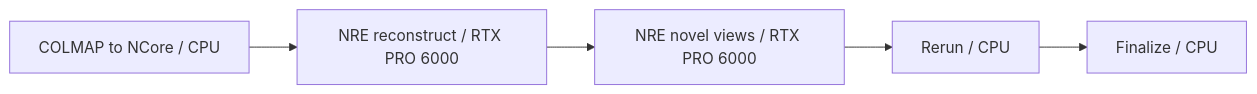
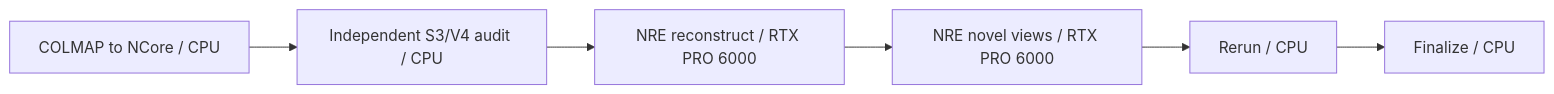
One commit to IamPhytan/nebius-physical-ai changed the diagram in docs/workbench/guides/nurec-colmap-reconstruct.md. Above: the diagram before and after it, drawn with Mermaid. The commit also changed other lines of this file and 139 other files, not shown here.

First line of the commit message:
feat(ncore): qualify full COLMAP conversion for NRE (#646)

````diff
--- a/docs/workbench/guides/nurec-colmap-reconstruct.md
+++ b/docs/workbench/guides/nurec-colmap-reconstruct.md
@@ -64,7 +86,8 @@
 ```mermaid
 flowchart LR
-    C[COLMAP to NCore / CPU] --> N[NRE reconstruct / RTX PRO 6000]
+    C[COLMAP to NCore / CPU] --> A[Independent S3/V4 audit / CPU]
+    A --> N[NRE reconstruct / RTX PRO 6000]
     N --> R[NRE novel views / RTX PRO 6000]
     R --> V[Rerun / CPU]
     V --> F[Finalize / CPU]
 ```
````
